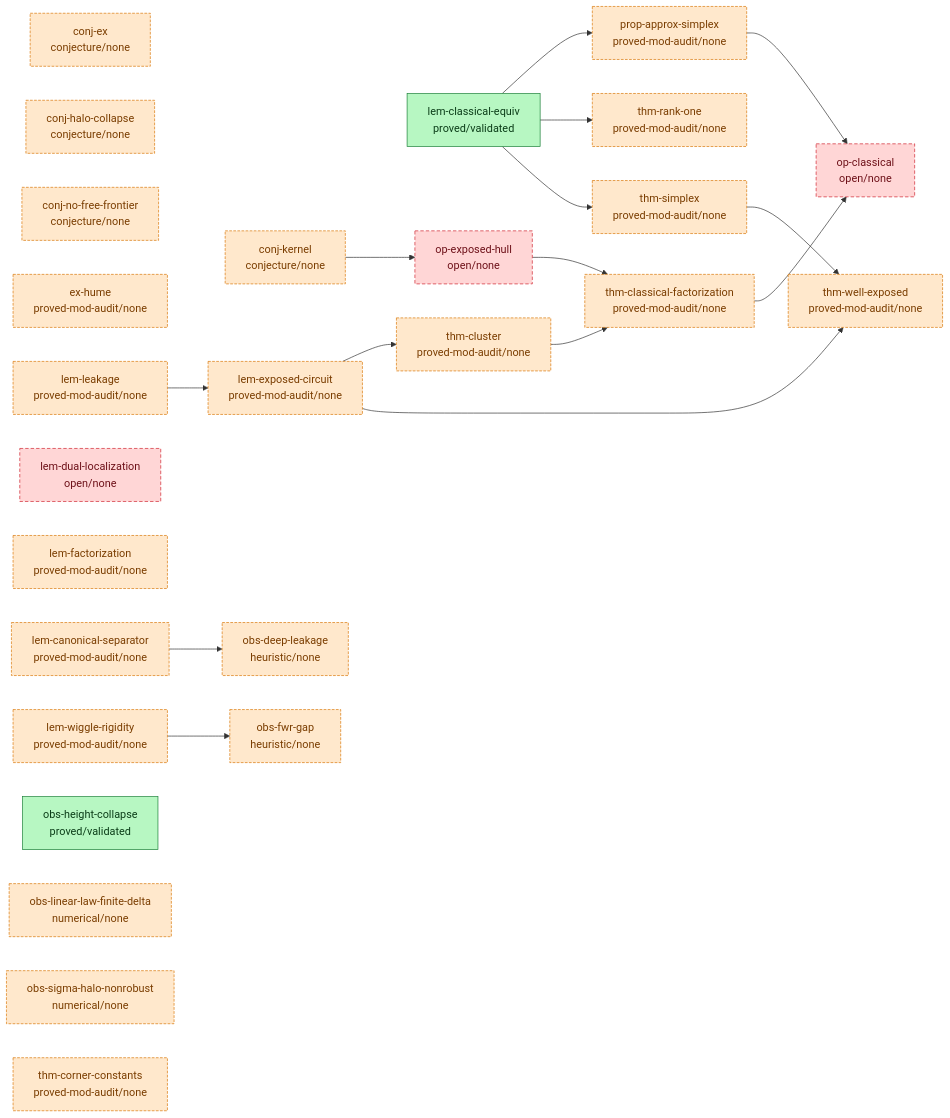
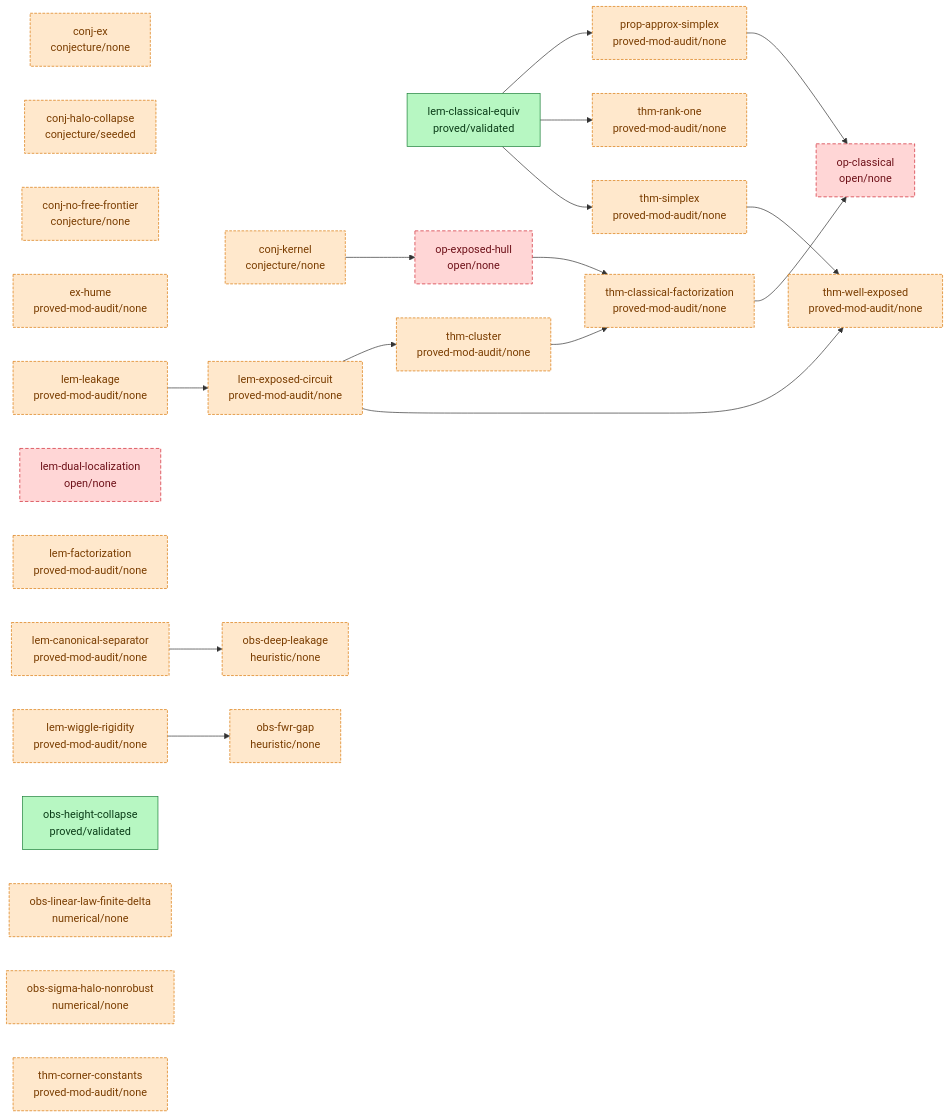
The diagram in argument/DAG.md (tobiasosborne/almost-idempotent-stochastic-maps), drawn with Mermaid before and after one commit. The commit also changed 6 other files, not shown here.

First line of the commit message:
Seed af workspace for conj-halo-collapse (af: none -> seeded)

````diff
--- a/argument/DAG.md
+++ b/argument/DAG.md
@@ -6,53 +6,53 @@
 ```mermaid
 graph LR
   classDef validated fill:#b7f7c2,stroke:#1a7f37,color:#0b3d18;
   classDef proved fill:#cfe3ff,stroke:#0969da,color:#0a3069;
   classDef seeded fill:#fff3c4,stroke:#bf8700,color:#5a4500;
   classDef stated fill:#eaecef,stroke:#8b949e,color:#24292f;
   classDef cited fill:#e7d6ff,stroke:#8250df,color:#3b1a73;
   classDef nonrigorous fill:#ffe8cc,stroke:#d97706,color:#7a3d00,stroke-dasharray:4 2;
   classDef open fill:#ffd6d6,stroke:#cf222e,color:#6e1119,stroke-dasharray:5 3;
   conj-ex["conj-ex<br/>conjecture/none"]
-  conj-halo-collapse["conj-halo-collapse<br/>conjecture/none"]
+  conj-halo-collapse["conj-halo-collapse<br/>conjecture/seeded"]
   conj-kernel["conj-kernel<br/>conjecture/none"]
   conj-no-free-frontier["conj-no-free-frontier<br/>conjecture/none"]
   ex-hume["ex-hume<br/>proved-mod-audit/none"]
   lem-canonical-separator["lem-canonical-separator<br/>proved-mod-audit/none"]
   lem-classical-equiv["lem-classical-equiv<br/>proved/validated"]
   lem-dual-localization["lem-dual-localization<br/>open/none"]
   lem-exposed-circuit["lem-exposed-circuit<br/>proved-mod-audit/none"]
   lem-factorization["lem-factorization<br/>proved-mod-audit/none"]
   lem-leakage["lem-leakage<br/>proved-mod-audit/none"]
   lem-wiggle-rigidity["lem-wiggle-rigidity<br/>proved-mod-audit/none"]
   obs-deep-leakage["obs-deep-leakage<br/>heuristic/none"]
   obs-fwr-gap["obs-fwr-gap<br/>heuristic/none"]
   obs-height-collapse["obs-height-collapse<br/>proved/validated"]
   obs-linear-law-finite-delta["obs-linear-law-finite-delta<br/>numerical/none"]
   obs-sigma-halo-nonrobust["obs-sigma-halo-nonrobust<br/>numerical/none"]
   op-classical["op-classical<br/>open/none"]
   op-exposed-hull["op-exposed-hull<br/>open/none"]
   prop-approx-simplex["prop-approx-simplex<br/>proved-mod-audit/none"]
   thm-classical-factorization["thm-classical-factorization<br/>proved-mod-audit/none"]
   thm-cluster["thm-cluster<br/>proved-mod-audit/none"]
   thm-corner-constants["thm-corner-constants<br/>proved-mod-audit/none"]
   thm-rank-one["thm-rank-one<br/>proved-mod-audit/none"]
   thm-simplex["thm-simplex<br/>proved-mod-audit/none"]
   thm-well-exposed["thm-well-exposed<br/>proved-mod-audit/none"]
   conj-kernel --> op-exposed-hull
   lem-canonical-separator --> obs-deep-leakage
   lem-classical-equiv --> prop-approx-simplex
   lem-classical-equiv --> thm-rank-one
   lem-classical-equiv --> thm-simplex
   lem-exposed-circuit --> thm-cluster
   lem-exposed-circuit --> thm-well-exposed
   lem-leakage --> lem-exposed-circuit
   lem-wiggle-rigidity --> obs-fwr-gap
   op-exposed-hull --> thm-classical-factorization
   prop-approx-simplex --> op-classical
   thm-classical-factorization --> op-classical
   thm-cluster --> thm-classical-factorization
   thm-simplex --> thm-well-exposed
   class lem-classical-equiv,obs-height-collapse validated;
   class conj-ex,conj-halo-collapse,conj-kernel,conj-no-free-frontier,ex-hume,lem-canonical-separator,lem-exposed-circuit,lem-factorization,lem-leakage,lem-wiggle-rigidity,obs-deep-leakage,obs-fwr-gap,obs-linear-law-finite-delta,obs-sigma-halo-nonrobust,prop-approx-simplex,thm-classical-factorization,thm-cluster,thm-corner-constants,thm-rank-one,thm-simplex,thm-well-exposed nonrigorous;
   class lem-dual-localization,op-classical,op-exposed-hull open;
 ```
````
